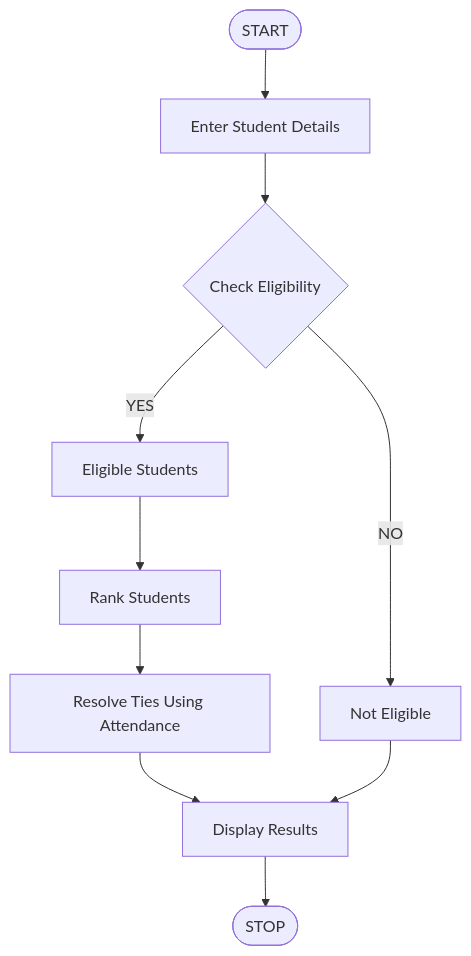
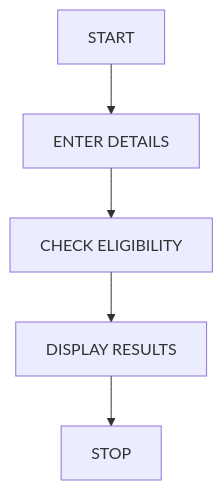
Before and after one commit to nihaa-18/Python-Activity-Based-Learning: the diagram in task1/code.md, drawn with Mermaid.

````diff
--- a/task1/code.md
+++ b/task1/code.md
@@ -19,12 +19,7 @@
 ```mermaid
 graph TD
-A([START]) --> B[Enter Student Details]
-B --> C{Check Eligibility}
-C -->|YES| D[Eligible Students]
-C -->|NO| E[Not Eligible]
-D --> F[Rank Students]
-F --> G[Resolve Ties Using Attendance]
-G --> H[Display Results]
-E --> H
-H --> I([STOP])
+A[START] --> B[ENTER DETAILS]
+B --> C[CHECK ELIGIBILITY]
+C --> D[DISPLAY RESULTS]
+D --> E[STOP]
 ```
````
